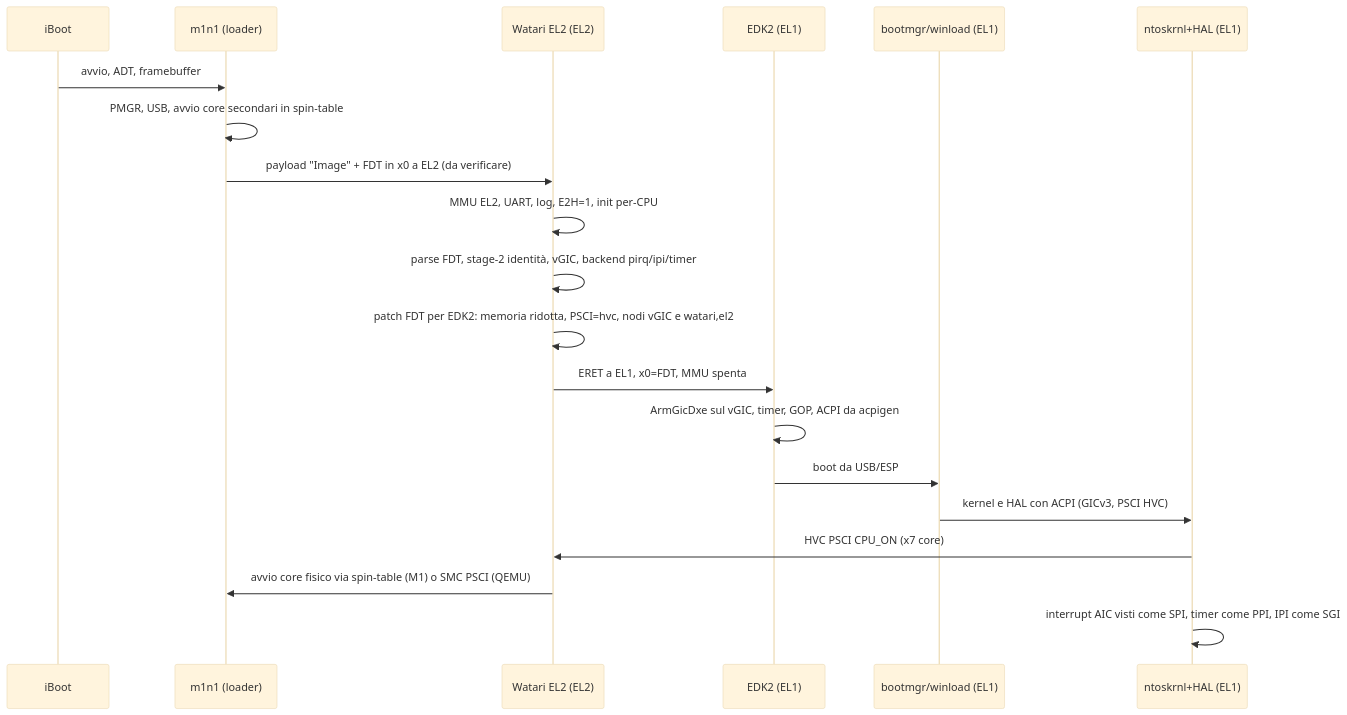
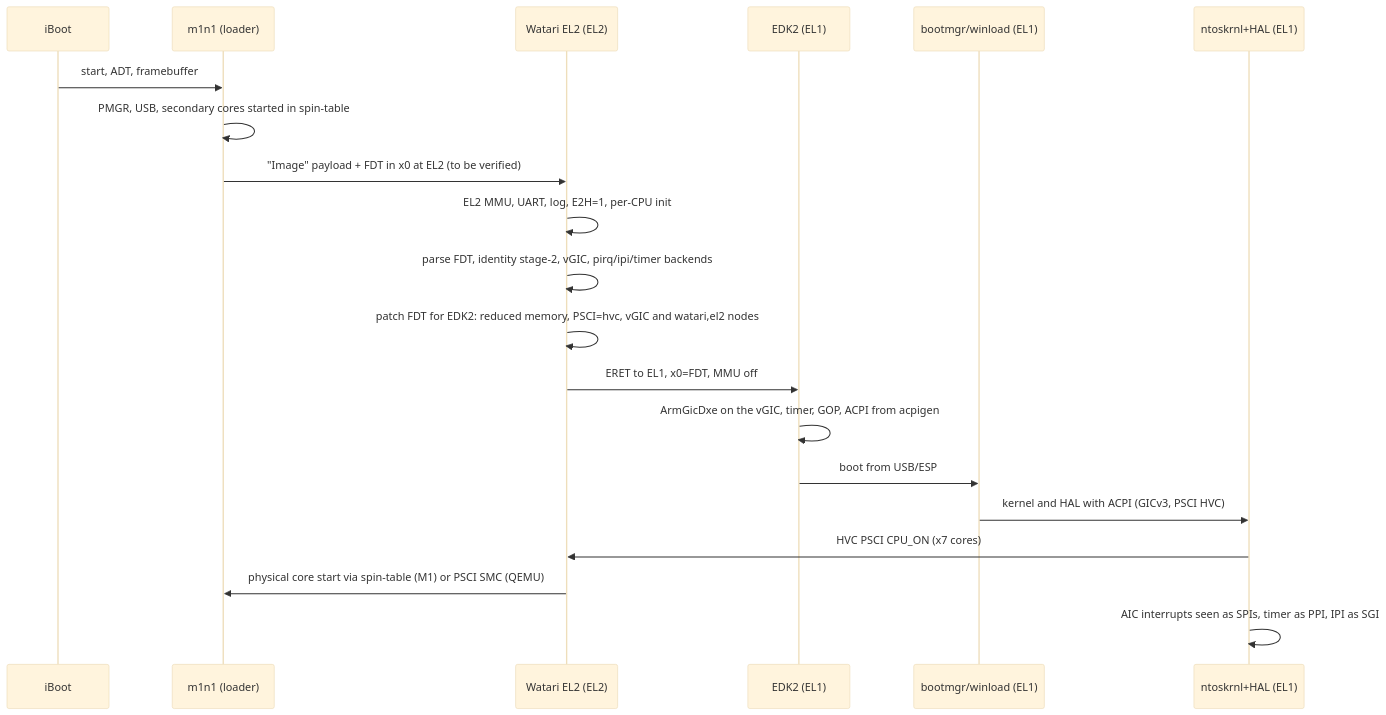
One commit to ZonatedCord/WatariBoot changed the second of 6 diagrams in docs/design/watari-el2/ARCHITECTURE.md. Above: the diagram before and after it, drawn with Mermaid (base theme). The commit also changed other lines of this file and 60 other files, not shown here.

````diff
--- a/docs/design/watari-el2/ARCHITECTURE.md
+++ b/docs/design/watari-el2/ARCHITECTURE.md
@@ -52,22 +52,22 @@
 ```mermaid
 sequenceDiagram
   participant I as iBoot
   participant M as m1n1 (loader)
   participant W as Watari EL2 (EL2)
   participant E as EDK2 (EL1)
   participant B as bootmgr/winload (EL1)
   participant K as ntoskrnl+HAL (EL1)
-  I->>M: avvio, ADT, framebuffer
-  M->>M: PMGR, USB, avvio core secondari in spin-table
-  M->>W: payload "Image" + FDT in x0 a EL2 (da verificare)
-  W->>W: MMU EL2, UART, log, E2H=1, init per-CPU
-  W->>W: parse FDT, stage-2 identità, vGIC, backend pirq/ipi/timer
-  W->>W: patch FDT per EDK2: memoria ridotta, PSCI=hvc, nodi vGIC e watari,el2
-  W->>E: ERET a EL1, x0=FDT, MMU spenta
-  E->>E: ArmGicDxe sul vGIC, timer, GOP, ACPI da acpigen
-  E->>B: boot da USB/ESP
-  B->>K: kernel e HAL con ACPI (GICv3, PSCI HVC)
-  K->>W: HVC PSCI CPU_ON (x7 core)
-  W->>M: avvio core fisico via spin-table (M1) o SMC PSCI (QEMU)
-  K->>K: interrupt AIC visti come SPI, timer come PPI, IPI come SGI
+  I->>M: start, ADT, framebuffer
+  M->>M: PMGR, USB, secondary cores started in spin-table
+  M->>W: "Image" payload + FDT in x0 at EL2 (to be verified)
+  W->>W: EL2 MMU, UART, log, E2H=1, per-CPU init
+  W->>W: parse FDT, identity stage-2, vGIC, pirq/ipi/timer backends
+  W->>W: patch FDT for EDK2: reduced memory, PSCI=hvc, vGIC and watari,el2 nodes
+  W->>E: ERET to EL1, x0=FDT, MMU off
+  E->>E: ArmGicDxe on the vGIC, timer, GOP, ACPI from acpigen
+  E->>B: boot from USB/ESP
+  B->>K: kernel and HAL with ACPI (GICv3, PSCI HVC)
+  K->>W: HVC PSCI CPU_ON (x7 cores)
+  W->>M: physical core start via spin-table (M1) or PSCI SMC (QEMU)
+  K->>K: AIC interrupts seen as SPIs, timer as PPI, IPI as SGI
 ```
````
